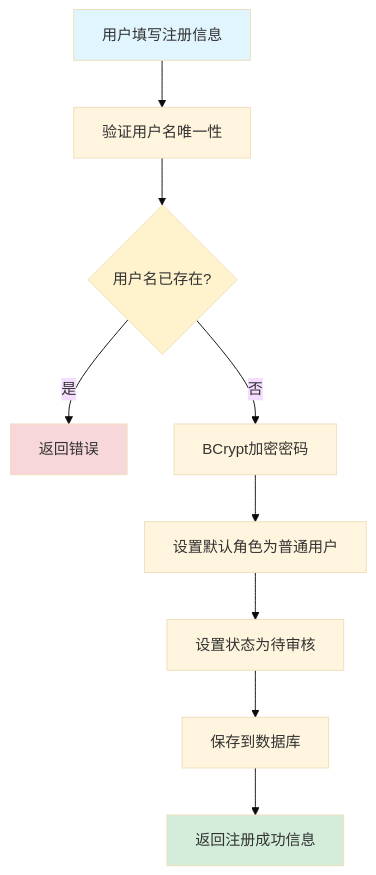
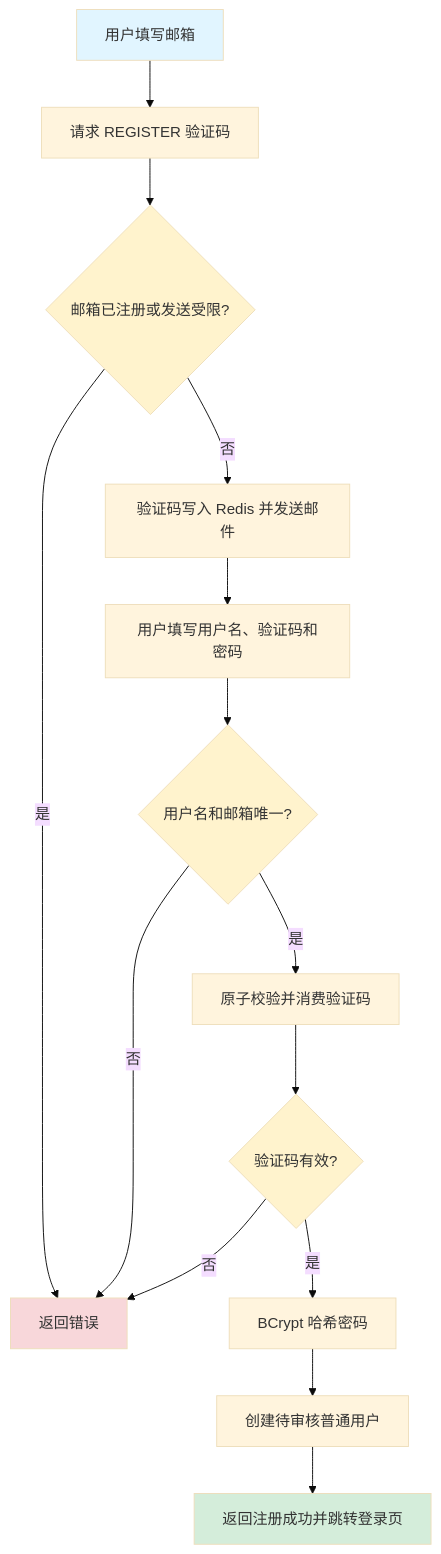
The second of 5 diagrams in backend/doc/5.用户认证与授权功能设计文档.md (NanoAgentCode/DifyApp), drawn with Mermaid (base theme) before and after one commit. The commit also changed other lines of this file and 46 other files, not shown here.

````diff
--- a/backend/doc/5.用户认证与授权功能设计文档.md
+++ b/backend/doc/5.用户认证与授权功能设计文档.md
@@ -449,16 +501,23 @@
 ```mermaid
 flowchart TD
-    A[用户填写注册信息] --> B[验证用户名唯一性]
-    B --> C{用户名已存在?}
+    A[用户填写邮箱] --> B[请求 REGISTER 验证码]
+    B --> C{邮箱已注册或发送受限?}
     C -->|是| D[返回错误]
-    C -->|否| E[BCrypt加密密码]
-    E --> F[设置默认角色为普通用户]
-    F --> G[设置状态为待审核]
-    G --> H[保存到数据库]
-    H --> I[返回注册成功信息]
+    C -->|否| E[验证码写入 Redis 并发送邮件]
+    E --> F[用户填写用户名、验证码和密码]
+    F --> G{用户名和邮箱唯一?}
+    G -->|否| D
+    G -->|是| H[原子校验并消费验证码]
+    H --> I{验证码有效?}
+    I -->|否| D
+    I -->|是| J[BCrypt 哈希密码]
+    J --> K[创建待审核普通用户]
+    K --> L[返回注册成功并跳转登录页]
     
     style A fill:#e1f5ff
-    style I fill:#d4edda
+    style L fill:#d4edda
     style C fill:#fff3cd
+    style G fill:#fff3cd
+    style I fill:#fff3cd
     style D fill:#f8d7da
 ```
````
